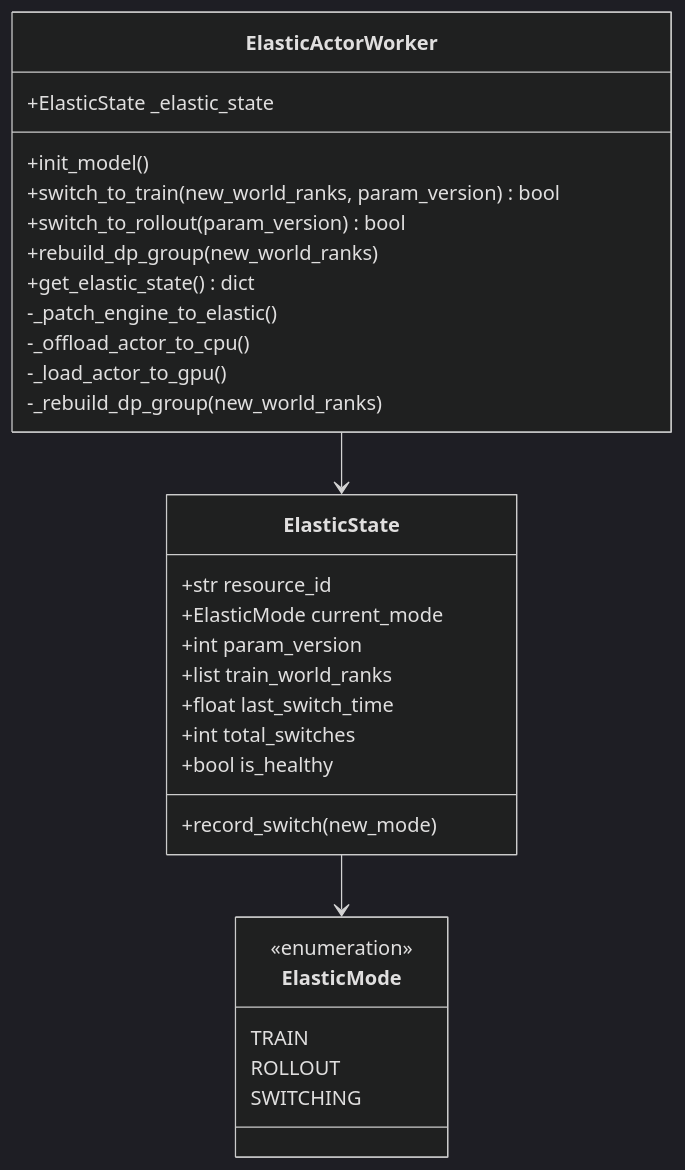
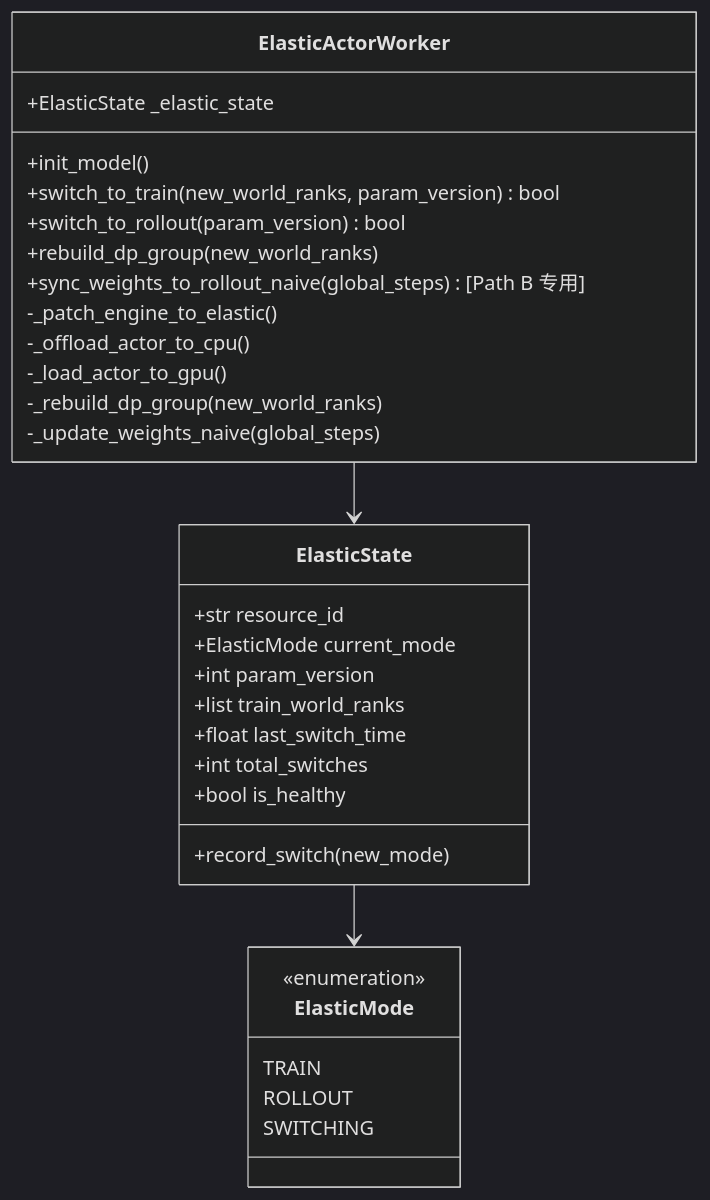
The fifth of 12 diagrams in verl/experimental/elastic_scheduling/README.md (meituan-search/verl), drawn with Mermaid (dark theme) before and after one commit. The commit also changed other lines of this file, not shown here.

````diff
--- a/verl/experimental/elastic_scheduling/README.md
+++ b/verl/experimental/elastic_scheduling/README.md
@@ -194,33 +203,34 @@
 ```mermaid
 classDiagram
     class ElasticActorWorker {
         +ElasticState _elastic_state
         +init_model()
         +switch_to_train(new_world_ranks, param_version) bool
         +switch_to_rollout(param_version) bool
         +rebuild_dp_group(new_world_ranks)
-        +get_elastic_state() dict
+        +sync_weights_to_rollout_naive(global_steps) [Path B 专用]
         -_patch_engine_to_elastic()
         -_offload_actor_to_cpu()
         -_load_actor_to_gpu()
         -_rebuild_dp_group(new_world_ranks)
+        -_update_weights_naive(global_steps)
     }
     class ElasticState {
         +str resource_id
         +ElasticMode current_mode
         +int param_version
         +list train_world_ranks
         +float last_switch_time
         +int total_switches
         +bool is_healthy
         +record_switch(new_mode)
     }
     class ElasticMode {
         <<enumeration>>
         TRAIN
         ROLLOUT
         SWITCHING
     }
     ElasticActorWorker --> ElasticState
     ElasticState --> ElasticMode
 ```
````
